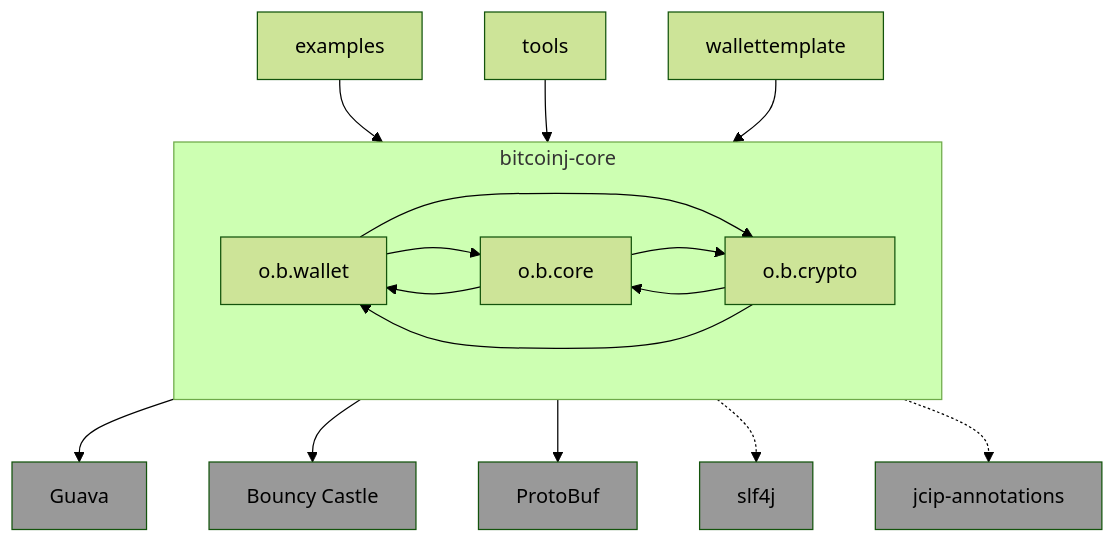
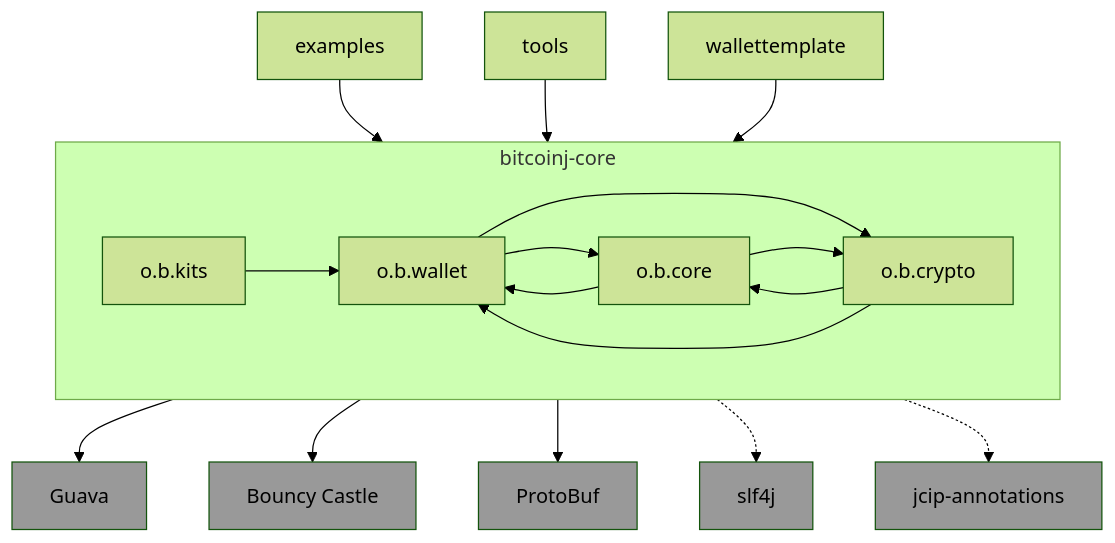
One commit to bitcoinj/bitcoinj changed the first of 4 diagrams in designdocs/modular-architecture.md. Above: the diagram before and after it, drawn with Mermaid (forest theme). The commit also changed other lines of this file, not shown here.

First line of the commit message:
modular-architecture.md: Update for WalletAppKit module

`````diff
--- a/designdocs/modular-architecture.md
+++ b/designdocs/modular-architecture.md
@@ -9,22 +9,23 @@
 ````mermaid
 flowchart TD
     E[examples] --> CORE
     T[tools] --> CORE
     FX[wallettemplate] --> CORE
     subgraph CORE [bitcoinj-core]
+        WAK[o.b.kits] --> W
         W[o.b.wallet] --> CO
         W --> CR
         CO[o.b.core] --> CR
         CO --> W
         CR[o.b.crypto] --> CO
         CR --> W
     end
     CORE --> G[Guava]
     CORE --> BC[Bouncy Castle]
     CORE --> P[ProtoBuf]
     CORE .-> S[slf4j]
     CORE .-> A[jcip-annotations]
 
 classDef external fill:#999;
 class G,S,A,BC,P external;
 ````
`````
